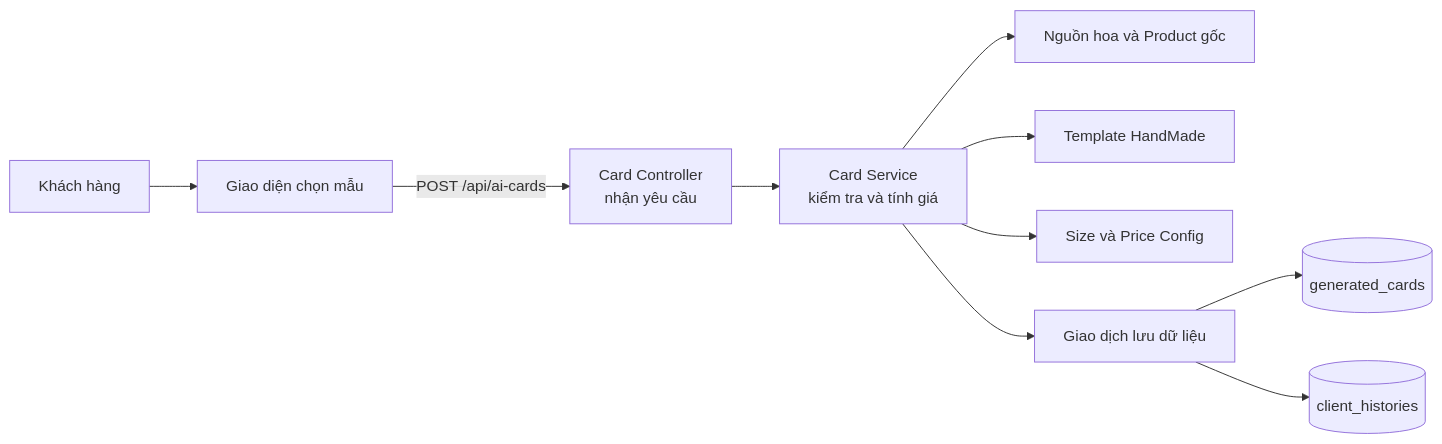
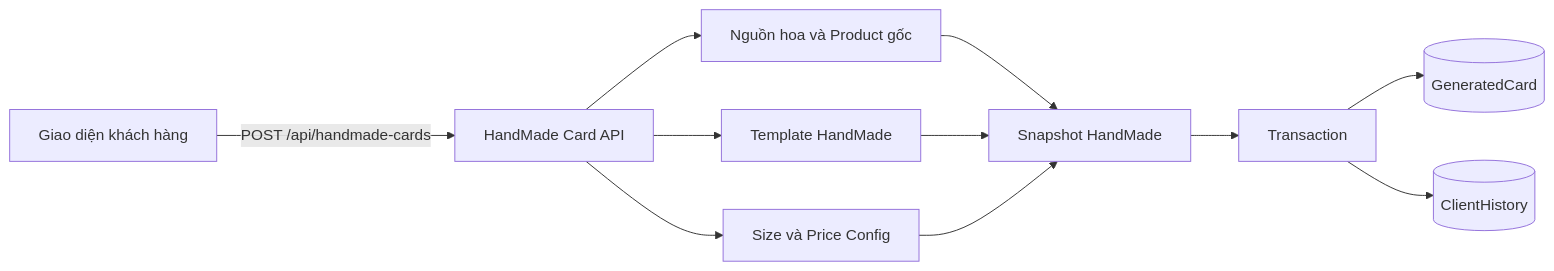
Before and after one commit to TaskCoper/hoatheomua-be: the first of 4 diagrams in HoaTheoMua.Repository/docs/tdd/TDD-021/TDD-021-chon-va-tao-thiep-handmade.md, drawn with Mermaid. The commit also changed other lines of this file and 499 other files, not shown here.

````diff
--- a/HoaTheoMua.Repository/docs/tdd/TDD-021/TDD-021-chon-va-tao-thiep-handmade.md
+++ b/HoaTheoMua.Repository/docs/tdd/TDD-021/TDD-021-chon-va-tao-thiep-handmade.md
@@ -85,12 +75,13 @@
 ```mermaid
 flowchart LR
-    KH["Khách hàng"] --> UI["Giao diện chọn mẫu"]
-    UI -->|"POST /api/ai-cards"| API["Card Controller<br/>nhận yêu cầu"]
-    API --> DV["Card Service<br/>kiểm tra và tính giá"]
-    DV --> NG["Nguồn hoa và Product gốc"]
-    DV --> MAU["Template HandMade"]
-    DV --> CFG["Size và Price Config"]
-    DV --> GD["Giao dịch lưu dữ liệu"]
-    GD --> CARD[("generated_cards")]
-    GD --> HIS[("client_histories")]
+    UI[Giao diện khách hàng] -->|POST /api/handmade-cards| API[HandMade Card API]
+    API --> SRC[Nguồn hoa và Product gốc]
+    API --> TPL[Template HandMade]
+    API --> CFG[Size và Price Config]
+    SRC --> SNAP[Snapshot HandMade]
+    TPL --> SNAP
+    CFG --> SNAP
+    SNAP --> TX[Transaction]
+    TX --> CARD[(GeneratedCard)]
+    TX --> HIS[(ClientHistory)]
 ```
````
